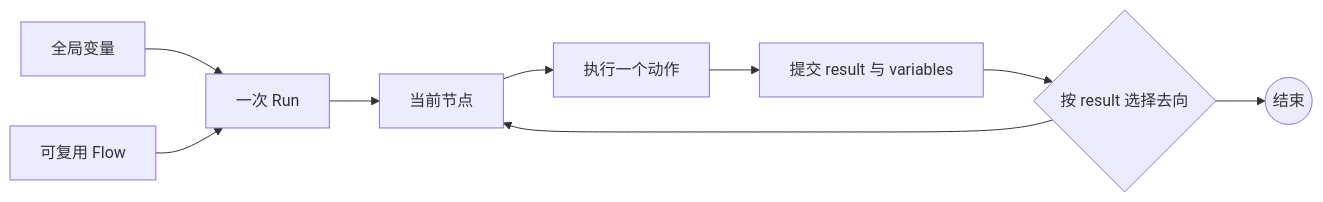
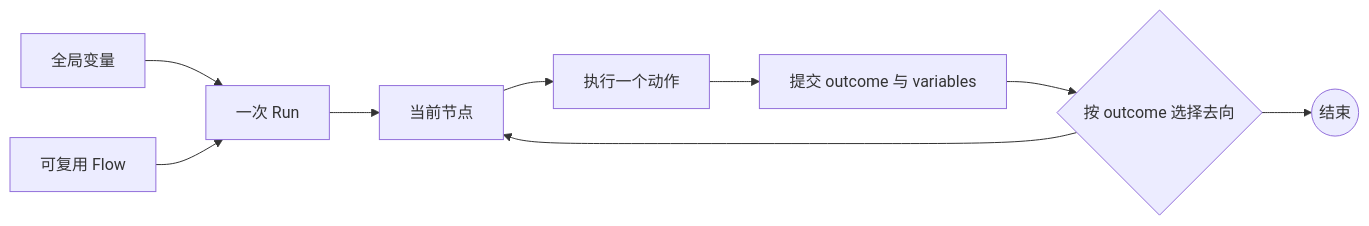
The diagram in flow-core/docs/flow-overview.md (JhihJian/ursi-flow), drawn with Mermaid before and after one commit. The commit also changed other lines of this file and 3 other files, not shown here.

First line of the commit message:
补齐 Flow 解析与规范的四处偏差

````diff
--- a/flow-core/docs/flow-overview.md
+++ b/flow-core/docs/flow-overview.md
@@ -33,11 +33,11 @@
 ```mermaid
 flowchart LR
   vars[全局变量] --> run[一次 Run]
   flow[可复用 Flow] --> run
   run --> node[当前节点]
   node --> action[执行一个动作]
-  action --> result[提交 result 与 variables]
-  result --> route{按 result 选择去向}
+  action --> submitted[提交 outcome 与 variables]
+  submitted --> route{按 outcome 选择去向}
   route --> node
   route --> finish((结束))
 ```
````
